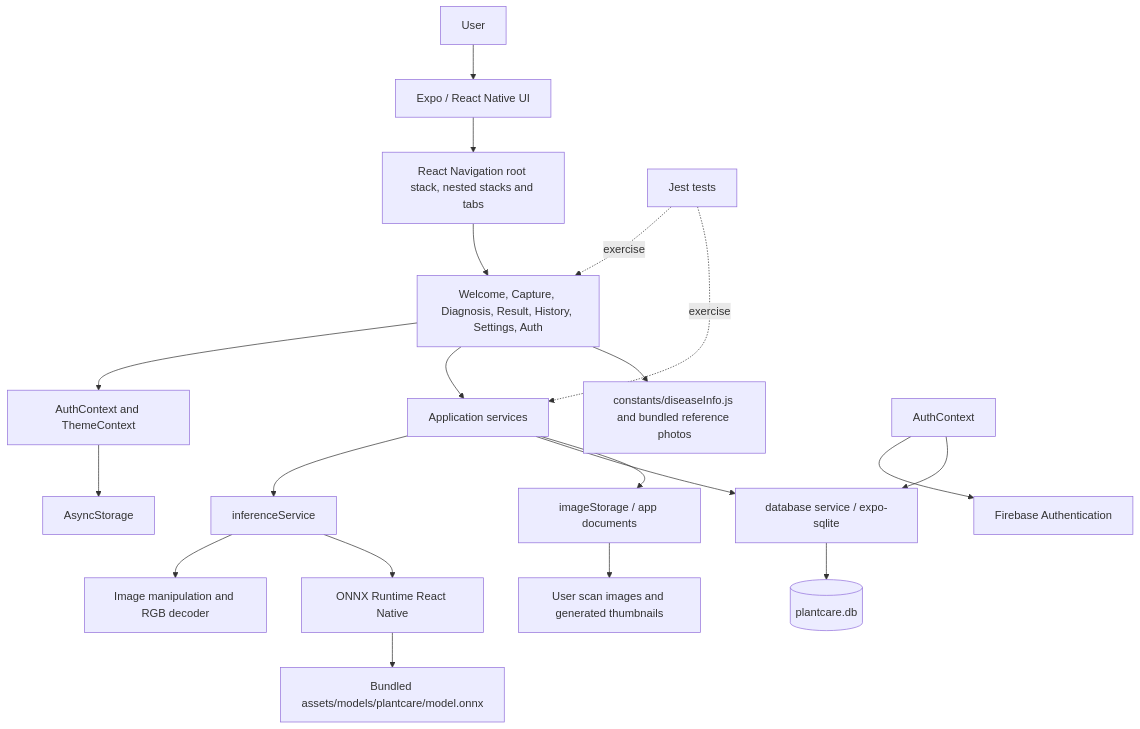
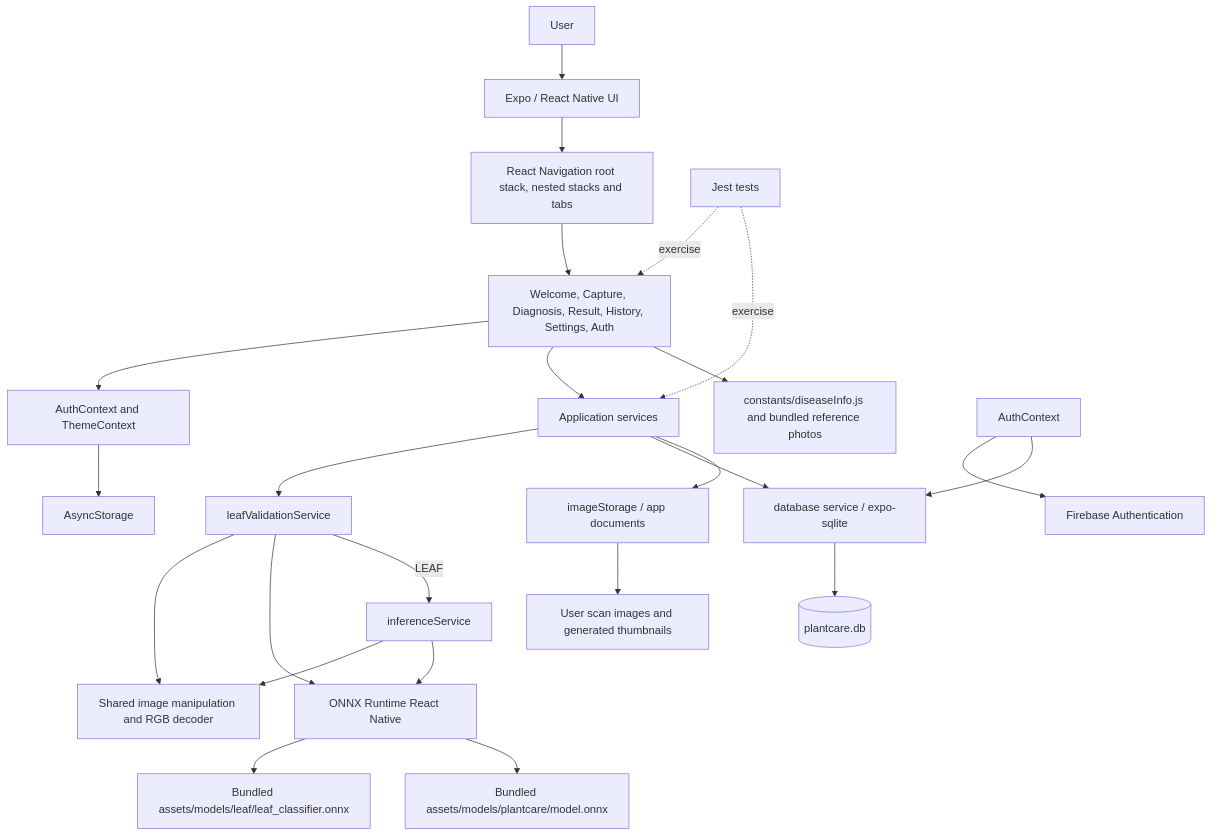
One commit to AthulMathew7/Plantcare-lite changed the first of 4 diagrams in docs/system_architecture.md. Above: the diagram before and after it, drawn with Mermaid. The commit also changed other lines of this file and 14 other files, not shown here.

Commit message:
Update documentation for leaf validation

````diff
--- a/docs/system_architecture.md
+++ b/docs/system_architecture.md
@@ -5,22 +5,26 @@
 ```mermaid
 flowchart TD
   User --> ExpoUI[Expo / React Native UI]
   ExpoUI --> Nav[React Navigation root stack, nested stacks and tabs]
   Nav --> Screens[Welcome, Capture, Diagnosis, Result, History, Settings, Auth]
   Screens --> Contexts[AuthContext and ThemeContext]
   Screens --> Services[Application services]
-  Services --> Inference[inferenceService]
-  Inference --> Prep[Image manipulation and RGB decoder]
-  Inference --> ORT[ONNX Runtime React Native]
+  Services --> LeafValidation[leafValidationService]
+  LeafValidation --> Prep[Shared image manipulation and RGB decoder]
+  LeafValidation --> ORT[ONNX Runtime React Native]
+  LeafValidation -->|LEAF| Inference[inferenceService]
+  Inference --> Prep
+  Inference --> ORT
+  ORT --> LeafModel[Bundled assets/models/leaf/leaf_classifier.onnx]
   ORT --> Model[Bundled assets/models/plantcare/model.onnx]
   Services --> DB[database service / expo-sqlite]
   DB --> SQLite[(plantcare.db)]
   Services --> Storage[imageStorage / app documents]
   Storage --> Photos[User scan images and generated thumbnails]
   Screens --> Catalog[constants/diseaseInfo.js and bundled reference photos]
   Contexts --> Preferences[AsyncStorage]
   AuthContext --> Firebase[Firebase Authentication]
   AuthContext --> DB
   Tests[Jest tests] -. exercise .-> Screens
   Tests -. exercise .-> Services
 ```
````
